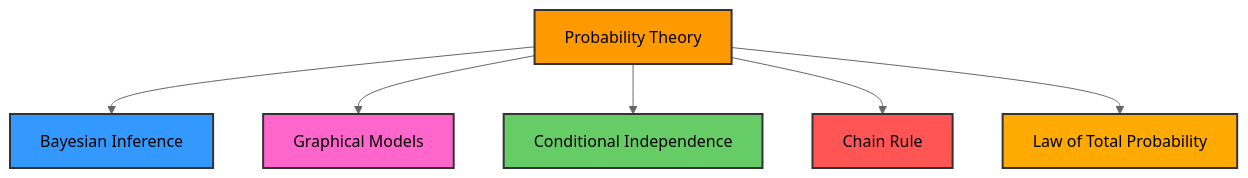
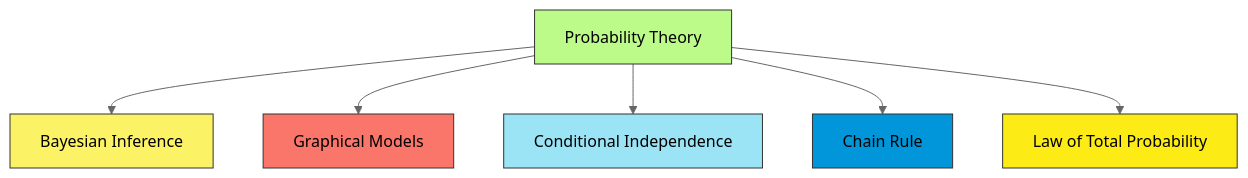
Diagram 21 of 23 in C_2.md (Chaklader/part-of-speech-tagging), drawn with Mermaid (neutral theme) before and after one commit. The commit also changed other lines of this file, not shown here.

````diff
--- a/C_2.md
+++ b/C_2.md
@@ -2031,14 +2032,14 @@
 ```mermaid
 flowchart TD
     A["Probability Theory"] --> B["Bayesian Inference"]
     A --> C["Graphical Models"]
     A --> D["Conditional Independence"]
     A --> E["Chain Rule"]
     A --> F["Law of Total Probability"]
-    style A fill:#ff9900,stroke:#333,stroke-width:2px
-    style B fill:#3399ff,stroke:#333,stroke-width:2px
-    style C fill:#ff66cc,stroke:#333,stroke-width:2px
-    style D fill:#66cc66,stroke:#333,stroke-width:2px
-    style E fill:#ff5555,stroke:#333,stroke-width:2px
-    style F fill:#ffaa00,stroke:#333,stroke-width:2px
+style A fill:#BCFB89,stroke:#333,stroke-width:1px
+  style B fill:#FBF266,stroke:#333,stroke-width:1px
+  style C fill:#FA756A,stroke:#333,stroke-width:1px
+  style D fill:#9AE4F5,stroke:#333,stroke-width:1px
+  style E fill:#0096D9,stroke:#333,stroke-width:1px
+  style F fill:#FCEB14,stroke:#333,stroke-width:1px
 ```
````
